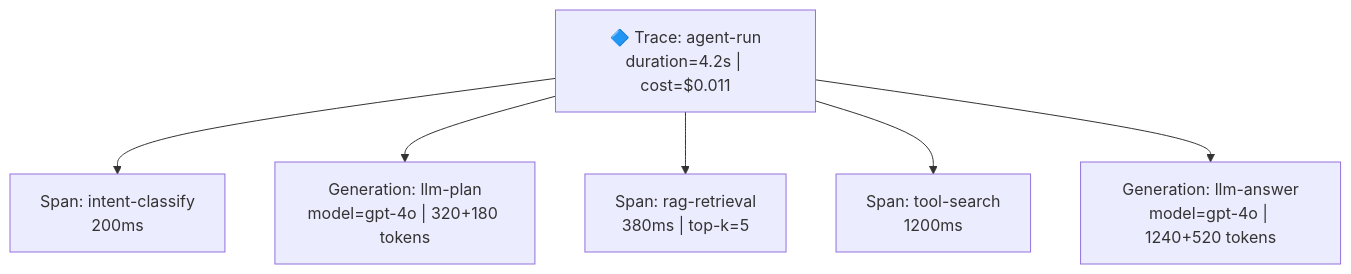
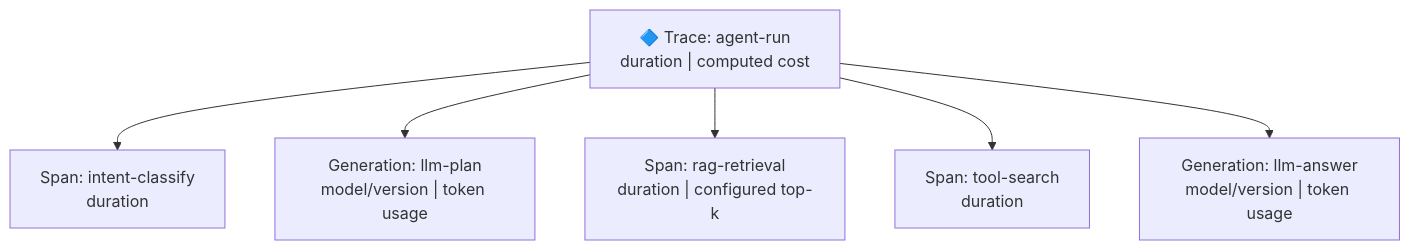
One commit to AmbitionC/front-end-journey-resource changed the second of 3 diagrams in knowledge/llm/production/ai-observability.md. Above: the diagram before and after it, drawn with Mermaid. The commit also changed other lines of this file and 10 other files, not shown here.

````diff
--- a/knowledge/llm/production/ai-observability.md
+++ b/knowledge/llm/production/ai-observability.md
@@ -87,15 +87,15 @@
 ```mermaid
 graph TD
-    TR["🔷 Trace: agent-run<br/>duration=4.2s | cost=$0.011"]
-    S1["Span: intent-classify<br/>200ms"]
-    G1["Generation: llm-plan<br/>model=gpt-4o | 320+180 tokens"]
-    S2["Span: rag-retrieval<br/>380ms | top-k=5"]
-    S3["Span: tool-search<br/>1200ms"]
-    G2["Generation: llm-answer<br/>model=gpt-4o | 1240+520 tokens"]
+    TR["🔷 Trace: agent-run<br/>duration | computed cost"]
+    S1["Span: intent-classify<br/>duration"]
+    G1["Generation: llm-plan<br/>model/version | token usage"]
+    S2["Span: rag-retrieval<br/>duration | configured top-k"]
+    S3["Span: tool-search<br/>duration"]
+    G2["Generation: llm-answer<br/>model/version | token usage"]
 
     TR --> S1
     TR --> G1
     TR --> S2
     TR --> S3
     TR --> G2
 ```
````
